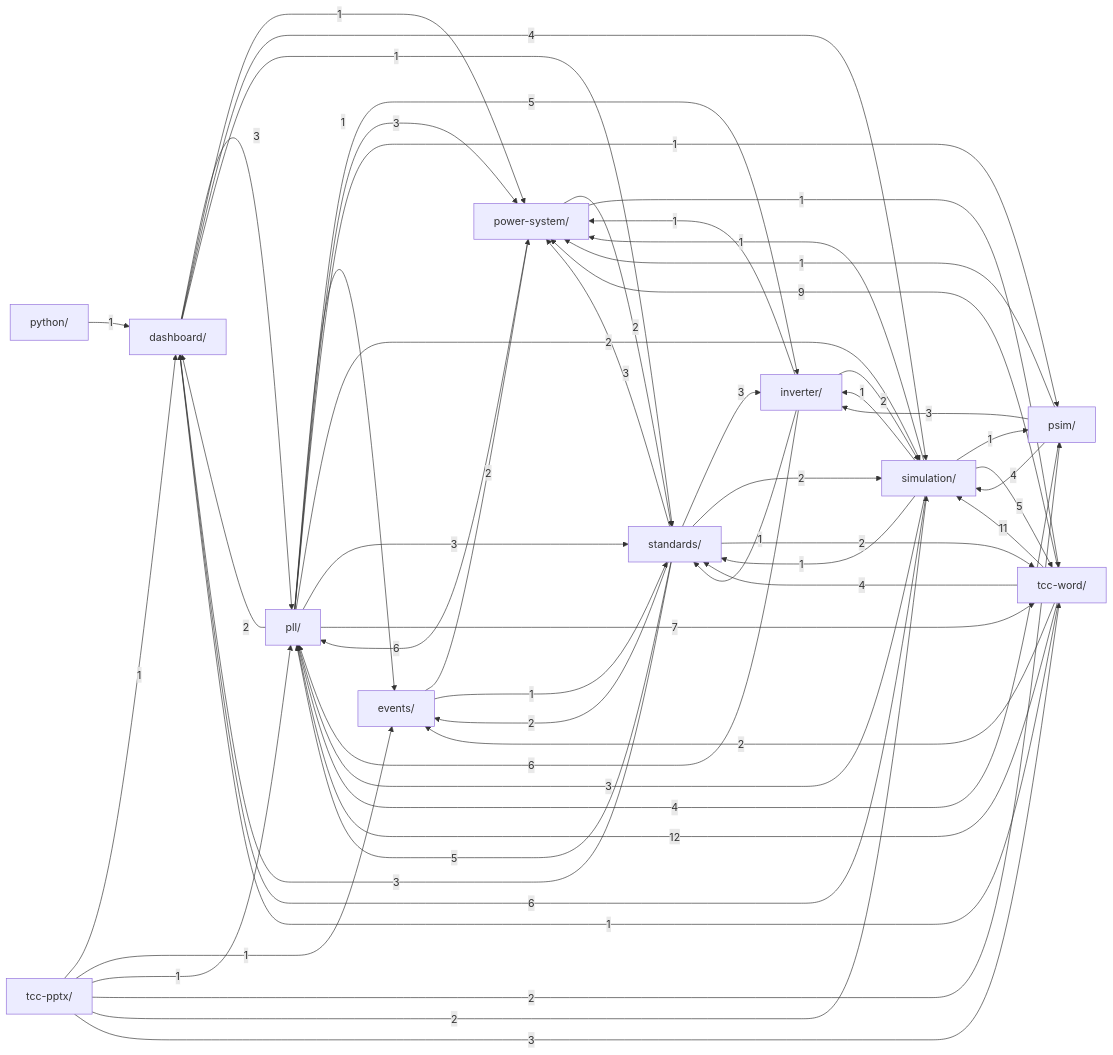
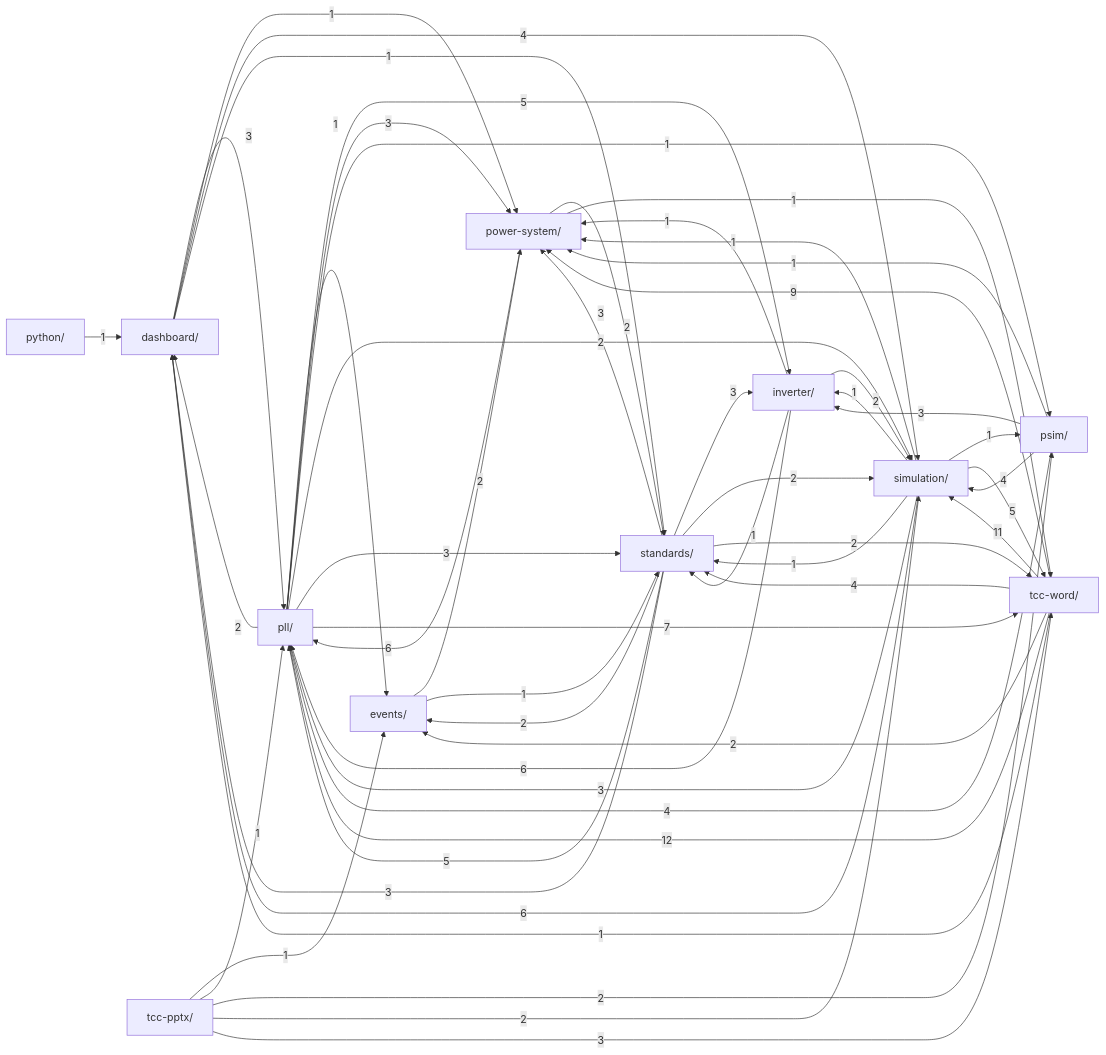
One commit to GGHB0/pll_stability_9bus changed the diagram in .claude/kb/grafo.md. Above: the diagram before and after it, drawn with Mermaid. The commit also changed 7 other files, not shown here.

````diff
--- a/.claude/kb/grafo.md
+++ b/.claude/kb/grafo.md
@@ -12,66 +12,65 @@
 ```mermaid
 graph LR
     dashboard["dashboard/"]
     events["events/"]
     inverter["inverter/"]
     pll["pll/"]
     power_system["power-system/"]
     psim["psim/"]
     python["python/"]
     simulation["simulation/"]
     standards["standards/"]
     tcc_pptx["tcc-pptx/"]
     tcc_word["tcc-word/"]
     dashboard -->|3| pll
     dashboard -->|1| power_system
     dashboard -->|4| simulation
     dashboard -->|1| standards
     events -->|2| power_system
     events -->|1| standards
     inverter -->|6| pll
     inverter -->|1| power_system
     inverter -->|2| simulation
     inverter -->|1| standards
     pll -->|2| dashboard
     pll -->|1| events
     pll -->|5| inverter
     pll -->|3| power_system
     pll -->|1| psim
     pll -->|2| simulation
     pll -->|3| standards
     pll -->|7| tcc_word
     power_system -->|6| pll
     power_system -->|2| standards
     power_system -->|1| tcc_word
     psim -->|3| inverter
     psim -->|4| pll
     psim -->|1| power_system
     psim -->|4| simulation
     python -->|1| dashboard
     simulation -->|6| dashboard
     simulation -->|1| inverter
     simulation -->|3| pll
     simulation -->|1| power_system
     simulation -->|1| psim
     simulation -->|1| standards
     simulation -->|5| tcc_word
     standards -->|3| dashboard
     standards -->|2| events
     standards -->|3| inverter
     standards -->|5| pll
     standards -->|3| power_system
     standards -->|2| simulation
     standards -->|2| tcc_word
-    tcc_pptx -->|1| dashboard
     tcc_pptx -->|1| events
     tcc_pptx -->|1| pll
     tcc_pptx -->|2| psim
     tcc_pptx -->|2| simulation
     tcc_pptx -->|3| tcc_word
     tcc_word -->|1| dashboard
     tcc_word -->|2| events
     tcc_word -->|12| pll
     tcc_word -->|9| power_system
     tcc_word -->|11| simulation
     tcc_word -->|4| standards
 ```
````
